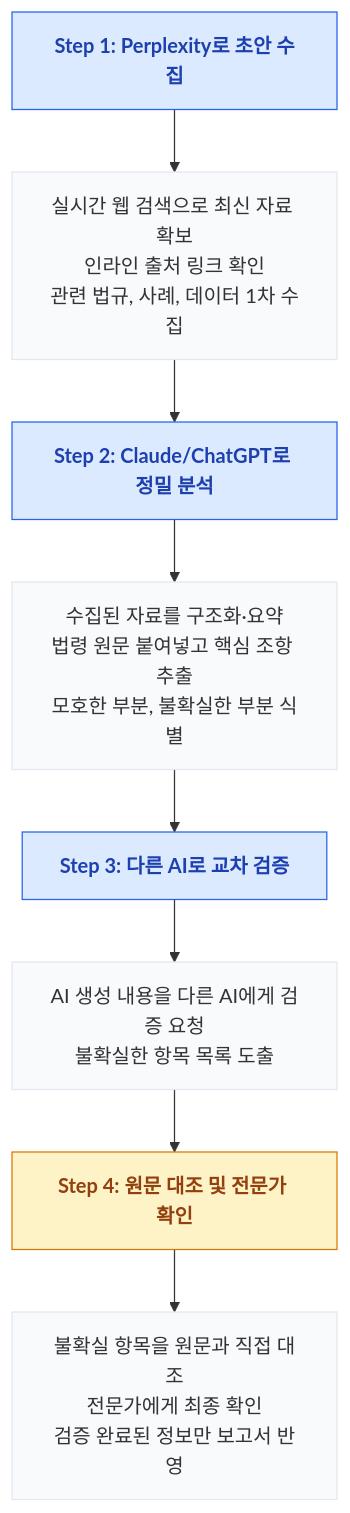
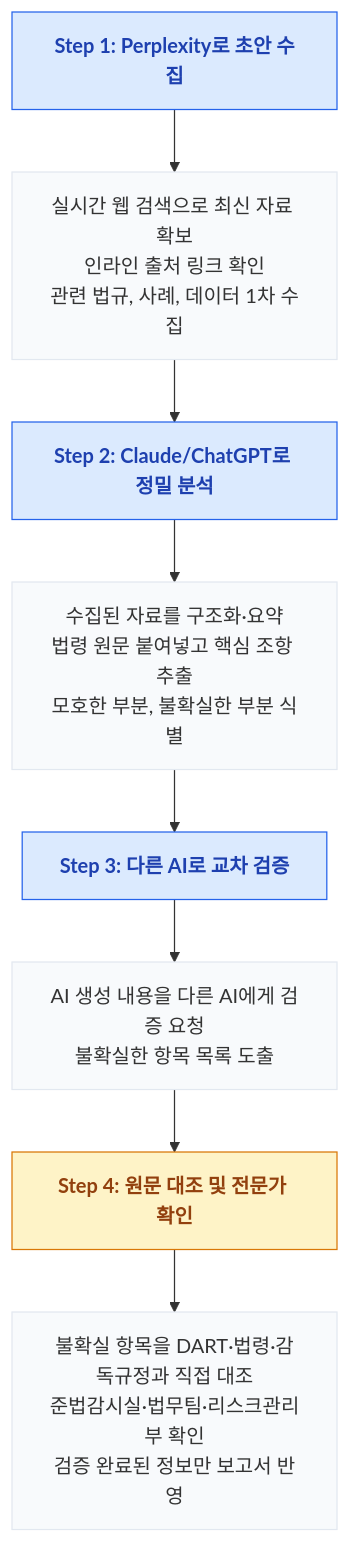
Before and after one commit to namojo/ai-edu: the diagram in site/content/module-4.md, drawn with Mermaid. The commit also changed other lines of this file and 15 other files, not shown here.

````diff
--- a/site/content/module-4.md
+++ b/site/content/module-4.md
@@ -378,20 +386,20 @@
 ```mermaid
 graph TD
     S1["Step 1: Perplexity로 초안 수집"]
     S1D["실시간 웹 검색으로 최신 자료 확보<br/>인라인 출처 링크 확인<br/>관련 법규, 사례, 데이터 1차 수집"]
     S2["Step 2: Claude/ChatGPT로 정밀 분석"]
     S2D["수집된 자료를 구조화·요약<br/>법령 원문 붙여넣고 핵심 조항 추출<br/>모호한 부분, 불확실한 부분 식별"]
     S3["Step 3: 다른 AI로 교차 검증"]
     S3D["AI 생성 내용을 다른 AI에게 검증 요청<br/>불확실한 항목 목록 도출"]
     S4["Step 4: 원문 대조 및 전문가 확인"]
-    S4D["불확실 항목을 원문과 직접 대조<br/>전문가에게 최종 확인<br/>검증 완료된 정보만 보고서 반영"]
+    S4D["불확실 항목을 DART·법령·감독규정과 직접 대조<br/>준법감시실·법무팀·리스크관리부 확인<br/>검증 완료된 정보만 보고서 반영"]
     S1 --> S1D --> S2 --> S2D --> S3 --> S3D --> S4 --> S4D
     style S1 fill:#DBEAFE,stroke:#2563EB,color:#1E40AF,font-weight:bold
     style S2 fill:#DBEAFE,stroke:#2563EB,color:#1E40AF,font-weight:bold
     style S3 fill:#DBEAFE,stroke:#2563EB,color:#1E40AF,font-weight:bold
     style S4 fill:#FEF3C7,stroke:#D97706,color:#92400E,font-weight:bold
     style S1D fill:#F8FAFC,stroke:#E2E8F0
     style S2D fill:#F8FAFC,stroke:#E2E8F0
     style S3D fill:#F8FAFC,stroke:#E2E8F0
     style S4D fill:#F8FAFC,stroke:#E2E8F0
 ```
````
